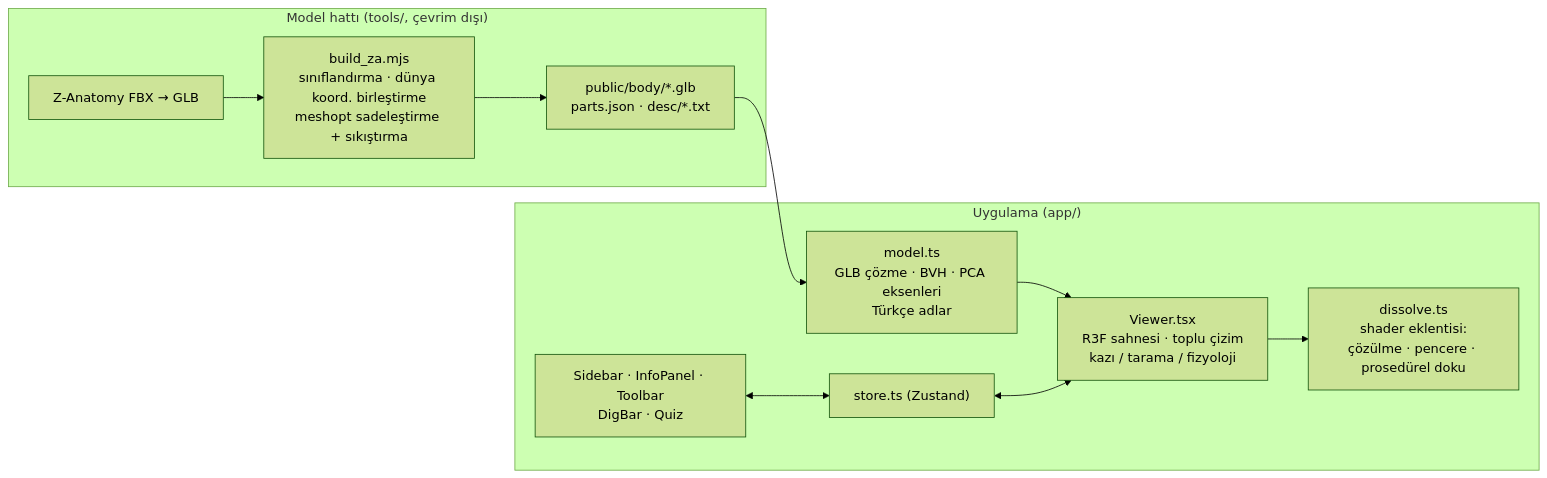
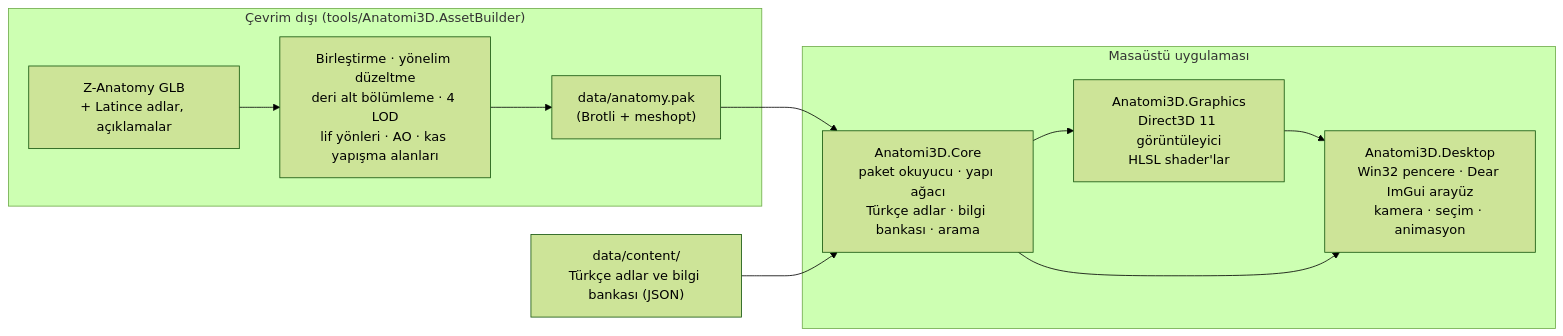
One commit to EthYusuf/anatomi-3d changed the diagram in README.md. Above: the diagram before and after it, drawn with Mermaid (forest theme). The commit also changed other lines of this file and 12 other files, not shown here.

````diff
--- a/README.md
+++ b/README.md
@@ -139,14 +144,16 @@
 ```mermaid
 flowchart LR
-  subgraph build["Model hattı (tools/, çevrim dışı)"]
-    ZA["Z-Anatomy FBX → GLB"] --> B["build_za.mjs<br/>sınıflandırma · dünya koord. birleştirme<br/>meshopt sadeleştirme + sıkıştırma"]
-    B --> OUT["public/body/*.glb<br/>parts.json · desc/*.txt"]
+  subgraph build["Çevrim dışı (tools/Anatomi3D.AssetBuilder)"]
+    ZA["Z-Anatomy GLB<br/>+ Latince adlar, açıklamalar"] --> AB["Birleştirme · yönelim düzeltme<br/>deri alt bölümleme · 4 LOD<br/>lif yönleri · AO · kas yapışma alanları"]
+    AB --> PAK["data/anatomy.pak<br/>(Brotli + meshopt)"]
   end
-  subgraph app["Uygulama (app/)"]
-    L["model.ts<br/>GLB çözme · BVH · PCA eksenleri<br/>Türkçe adlar"] --> V["Viewer.tsx<br/>R3F sahnesi · toplu çizim<br/>kazı / tarama / fizyoloji"]
-    V --> S["dissolve.ts<br/>shader eklentisi:<br/>çözülme · pencere · prosedürel doku"]
-    UI["Sidebar · InfoPanel · Toolbar<br/>DigBar · Quiz"] <--> ST["store.ts (Zustand)"]
-    ST <--> V
+  subgraph app["Masaüstü uygulaması"]
+    CORE["Anatomi3D.Core<br/>paket okuyucu · yapı ağacı<br/>Türkçe adlar · bilgi bankası · arama"]
+    GFX["Anatomi3D.Graphics<br/>Direct3D 11 görüntüleyici<br/>HLSL shader'lar"]
+    DESK["Anatomi3D.Desktop<br/>Win32 pencere · Dear ImGui arayüz<br/>kamera · seçim · animasyon"]
+    CORE --> GFX --> DESK
+    CORE --> DESK
   end
-  OUT --> L
+  PAK --> CORE
+  CONTENT["data/content/<br/>Türkçe adlar ve bilgi bankası (JSON)"] --> CORE
 ```
````
